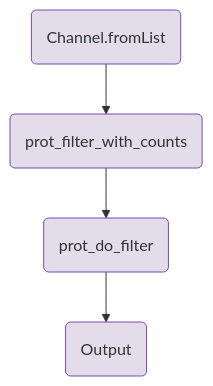
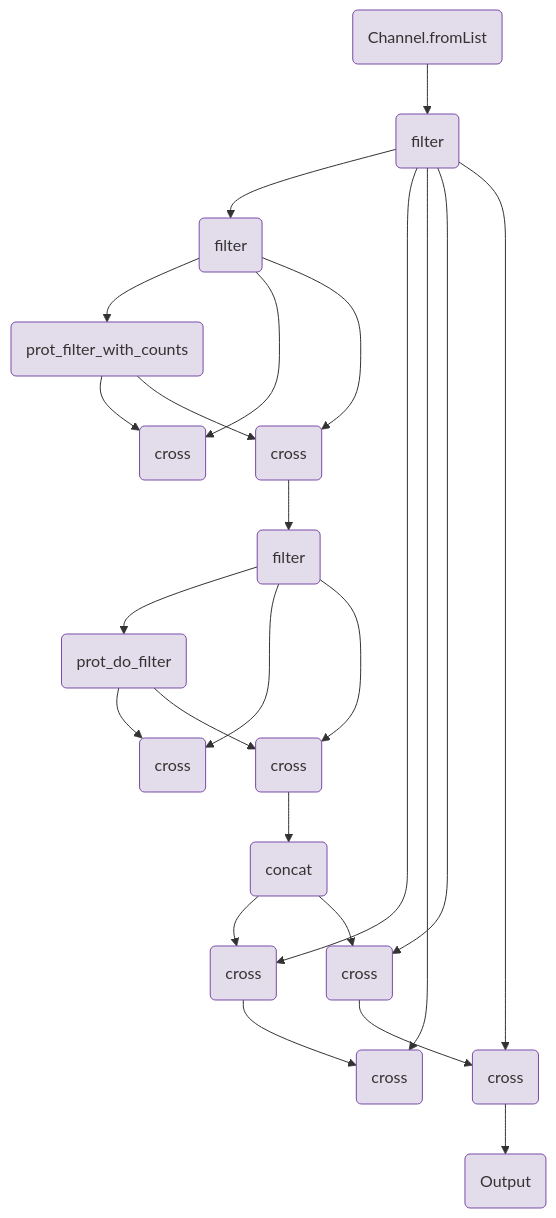
The diagram in components/workflows/prot/prot_singlesample.qmd (openpipelines-bio/website), drawn with Mermaid before and after one commit. The commit also changed other lines of this file and 149 other files, not shown here.

````diff
--- a/components/workflows/prot/prot_singlesample.qmd
+++ b/components/workflows/prot/prot_singlesample.qmd
@@ -115,15 +117,59 @@
 ```{mermaid}
 flowchart TB
     v0(Channel.fromList)
+    v2(filter)
+    v10(filter)
     v18(prot_filter_with_counts)
-    v38(prot_do_filter)
-    v66(Output)
-    v0-->v18
-    v18-->v38
-    v38-->v66
+    v25(cross)
+    v35(cross)
+    v41(filter)
+    v71(concat)
+    v49(prot_do_filter)
+    v56(cross)
+    v66(cross)
+    v78(cross)
+    v85(cross)
+    v97(cross)
+    v104(cross)
+    v108(Output)
+    v0-->v2
+    v2-->v10
+    v10-->v18
+    v18-->v25
+    v10-->v25
+    v10-->v35
+    v41-->v49
+    v49-->v56
+    v41-->v56
+    v41-->v66
+    v66-->v71
+    v71-->v78
+    v2-->v78
+    v78-->v85
+    v2-->v85
+    v2-->v97
+    v97-->v104
+    v2-->v104
+    v104-->v108
+    v35-->v41
+    v18-->v35
+    v49-->v66
+    v71-->v97
     style v0 fill:#e3dcea,stroke:#7a4baa;
+    style v2 fill:#e3dcea,stroke:#7a4baa;
+    style v10 fill:#e3dcea,stroke:#7a4baa;
     style v18 fill:#e3dcea,stroke:#7a4baa;
-    style v38 fill:#e3dcea,stroke:#7a4baa;
+    style v25 fill:#e3dcea,stroke:#7a4baa;
+    style v35 fill:#e3dcea,stroke:#7a4baa;
+    style v41 fill:#e3dcea,stroke:#7a4baa;
+    style v71 fill:#e3dcea,stroke:#7a4baa;
+    style v49 fill:#e3dcea,stroke:#7a4baa;
+    style v56 fill:#e3dcea,stroke:#7a4baa;
     style v66 fill:#e3dcea,stroke:#7a4baa;
+    style v78 fill:#e3dcea,stroke:#7a4baa;
+    style v85 fill:#e3dcea,stroke:#7a4baa;
+    style v97 fill:#e3dcea,stroke:#7a4baa;
+    style v104 fill:#e3dcea,stroke:#7a4baa;
+    style v108 fill:#e3dcea,stroke:#7a4baa;
 
 ```
````
